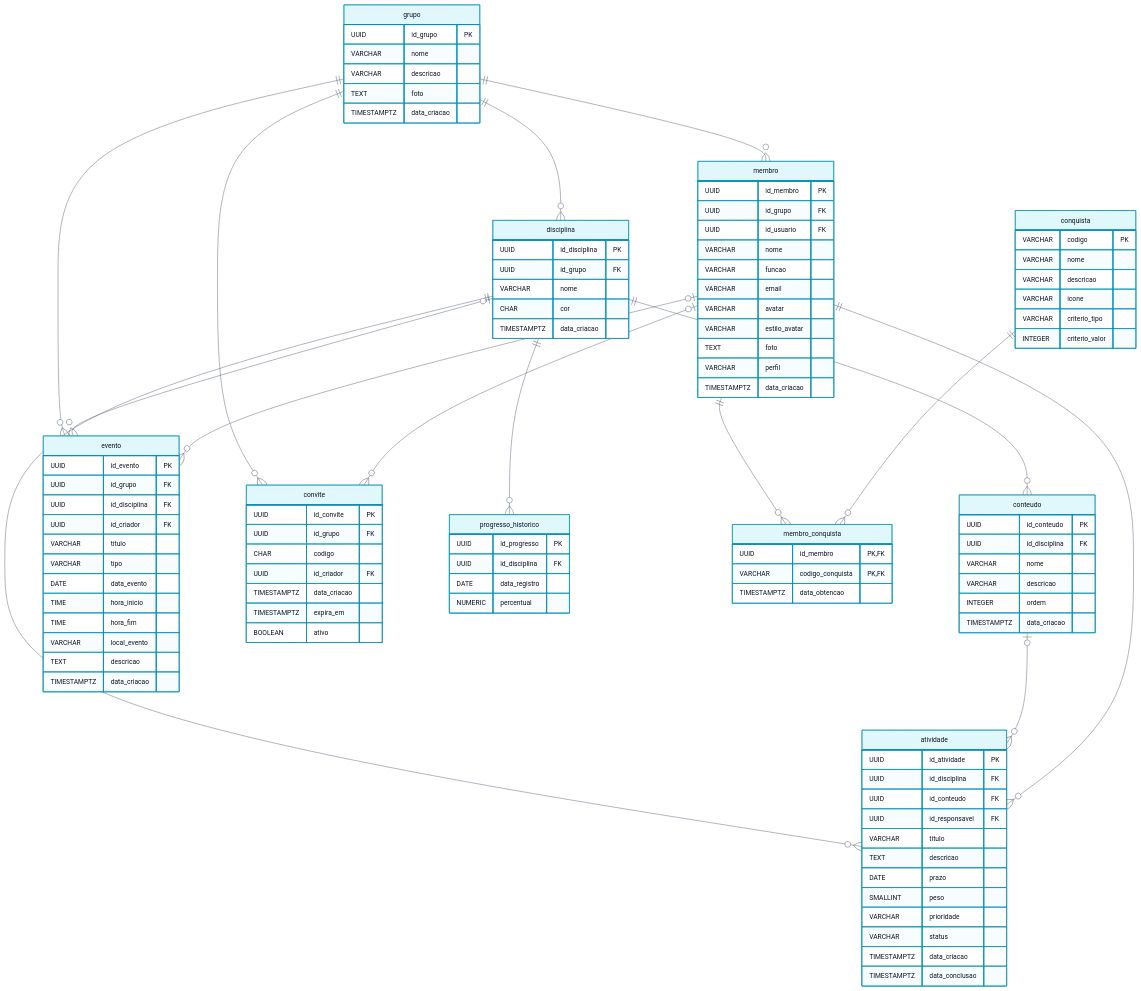
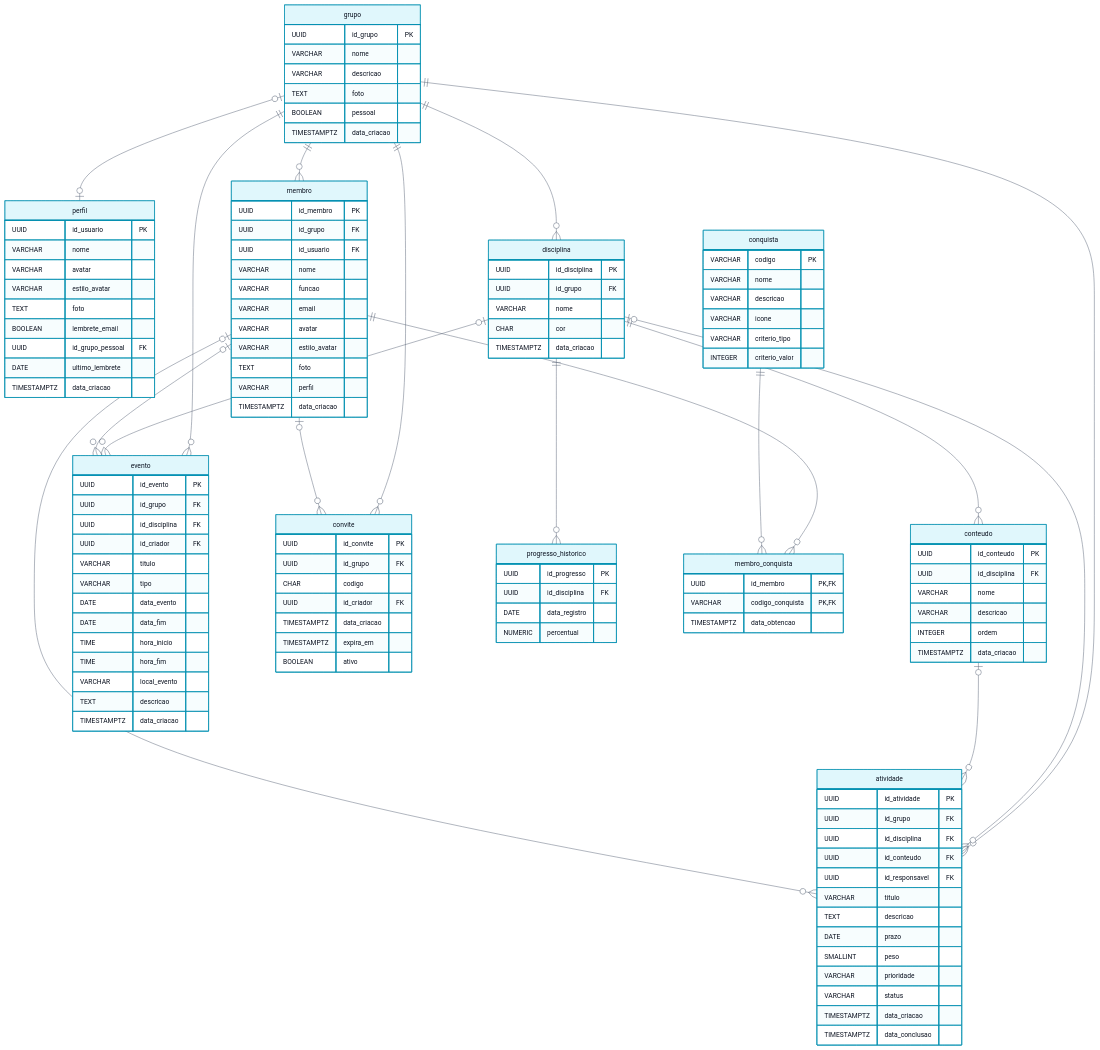
The diagram in banco-de-dados/02-modelo-logico.md (dedeyfogaca/equipe7-vertice), drawn with Mermaid before and after one commit. The commit also changed other lines of this file and 23 other files, not shown here.

Commit message:
docs: requisitos, regras, casos de uso, diagramas e modelo de dados da revisão de 11/11

```diff
--- a/banco-de-dados/02-modelo-logico.md
+++ b/banco-de-dados/02-modelo-logico.md
@@ -19,6 +19,19 @@
         VARCHAR nome
         VARCHAR descricao
         TEXT foto
+        BOOLEAN pessoal
+        TIMESTAMPTZ data_criacao
+    }
+
+    perfil {
+        UUID id_usuario PK
+        VARCHAR nome
+        VARCHAR avatar
+        VARCHAR estilo_avatar
+        TEXT foto
+        BOOLEAN lembrete_email
+        UUID id_grupo_pessoal FK
+        DATE ultimo_lembrete
         TIMESTAMPTZ data_criacao
     }
 
@@ -55,6 +68,7 @@
 
     atividade {
         UUID id_atividade PK
+        UUID id_grupo FK
         UUID id_disciplina FK
         UUID id_conteudo FK
         UUID id_responsavel FK
@@ -76,6 +90,7 @@
         VARCHAR titulo
         VARCHAR tipo
         DATE data_evento
+        DATE data_fim
         TIME hora_inicio
         TIME hora_fim
         VARCHAR local_evento
@@ -116,11 +131,13 @@
     }
 
     grupo ||--o{ membro : ""
+    grupo |o--o| perfil : ""
     grupo ||--o{ disciplina : ""
     disciplina ||--o{ conteudo : ""
-    disciplina ||--o{ atividade : ""
+    grupo ||--o{ atividade : ""
+    disciplina |o--o{ atividade : ""
     conteudo |o--o{ atividade : ""
-    membro ||--o{ atividade : ""
+    membro |o--o{ atividade : ""
     grupo ||--o{ evento : ""
     disciplina |o--o{ evento : ""
     membro |o--o{ evento : ""
```
